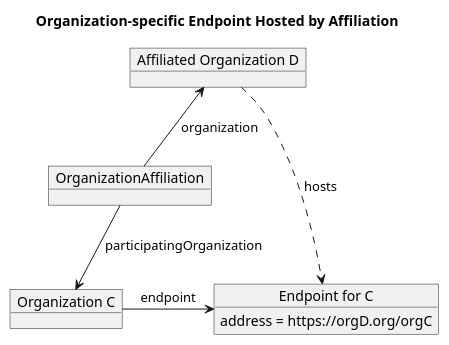
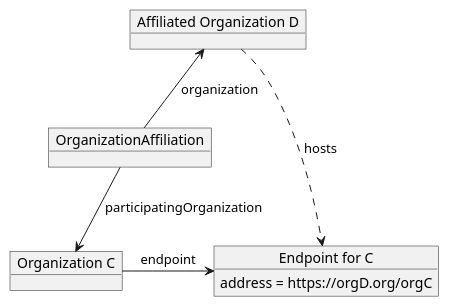
The diagram in input/images-source/dir-org-specific-endpoint-affil.plantuml (IHE/ITI.mCSD), drawn with PlantUML before and after one commit.

```diff
--- a/input/images-source/dir-org-specific-endpoint-affil.plantuml
+++ b/input/images-source/dir-org-specific-endpoint-affil.plantuml
@@ -1,17 +1,15 @@
 @startuml
 hide footbox
-
-title Organization-specific Endpoint Hosted by Affiliation
 
 object "Organization C" as OrganizationC
 object "Affiliated Organization D" as OrganizationD
 object "OrganizationAffiliation" as OrgAff
 object "Endpoint for C" as EndpointC
 EndpointC : address = https://orgD.org/orgC
 
 OrgAff --> OrganizationC : participatingOrganization
 OrganizationD <-- OrgAff : organization
 OrganizationC -> EndpointC : endpoint
 OrganizationD ..> EndpointC : hosts
 
 @enduml
```
